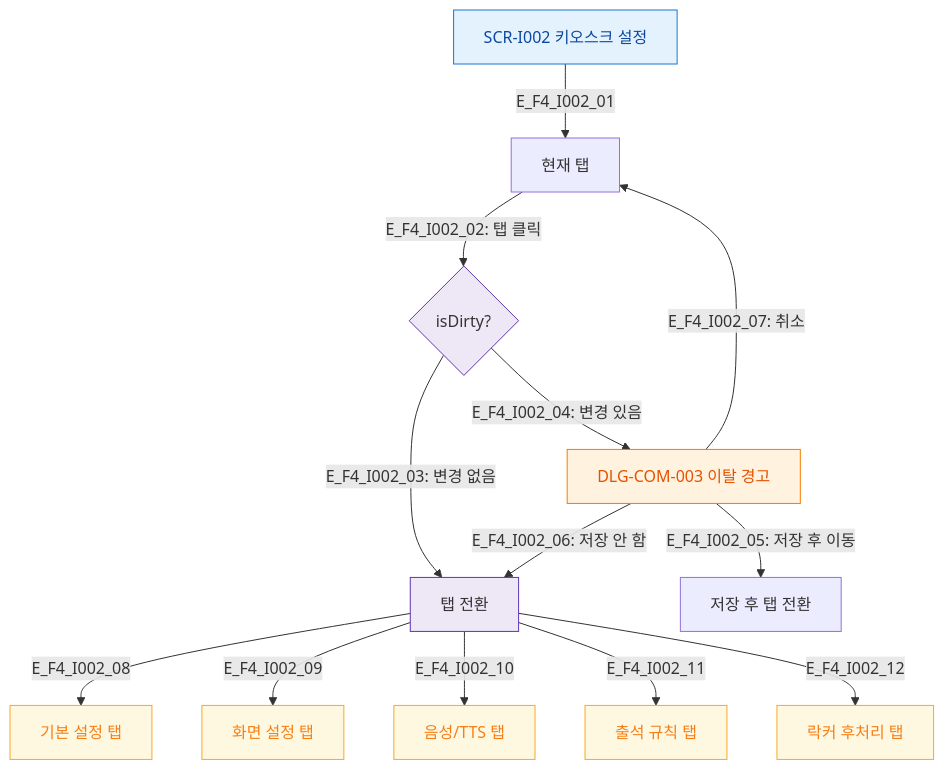
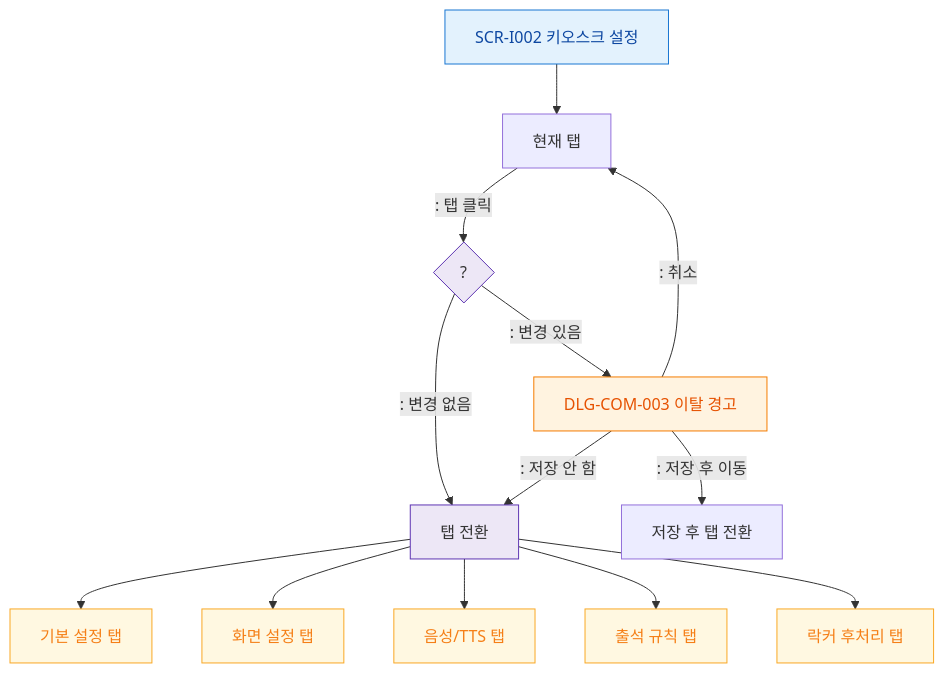
One commit to dev-spogym/admin-pando changed the diagram in docs/다이어그램/D11_통합운영/SCR-I002_키오스크설정/F4_필터검색.md. Above: the diagram before and after it, drawn with Mermaid. The commit also changed other lines of this file and 1660 other files, not shown here.

First line of the commit message:
다이어그램: 기획자/클라이언트 납품본으로 정리

````diff
--- a/docs/다이어그램/D11_통합운영/SCR-I002_키오스크설정/F4_필터검색.md
+++ b/docs/다이어그램/D11_통합운영/SCR-I002_키오스크설정/F4_필터검색.md
@@ -19,27 +17,27 @@
 ```mermaid
 flowchart TD
-    SCR_I002[SCR-I002 키오스크 설정] -->|E_F4_I002_01| CURRENT_TAB[현재 탭]
+    SCR_I002[SCR-I002 키오스크 설정] --> CURRENT_TAB[현재 탭]
 
-    CURRENT_TAB -->|"E_F4_I002_02: 탭 클릭"| DIRTY{isDirty?}
-    DIRTY -->|"E_F4_I002_03: 변경 없음"| SWITCH[탭 전환]
-    DIRTY -->|"E_F4_I002_04: 변경 있음"| DLG_WARN[DLG-COM-003 이탈 경고]
+    CURRENT_TAB -->|": 탭 클릭"|DIRTY{?}
+    DIRTY -->|": 변경 없음"|SWITCH[탭 전환]
+    DIRTY -->|": 변경 있음"|DLG_WARN[DLG-COM-003 이탈 경고]
 
-    DLG_WARN -->|"E_F4_I002_05: 저장 후 이동"| SAVE_SWITCH[저장 후 탭 전환]
-    DLG_WARN -->|"E_F4_I002_06: 저장 안 함"| SWITCH
-    DLG_WARN -->|"E_F4_I002_07: 취소"| CURRENT_TAB
+    DLG_WARN -->|": 저장 후 이동"|SAVE_SWITCH[저장 후 탭 전환]
+    DLG_WARN -->|": 저장 안 함"|SWITCH
+    DLG_WARN -->|": 취소"|CURRENT_TAB
 
-    SWITCH -->|E_F4_I002_08| TAB_BASIC[기본 설정 탭]
-    SWITCH -->|E_F4_I002_09| TAB_SCREEN[화면 설정 탭]
-    SWITCH -->|E_F4_I002_10| TAB_TTS[음성/TTS 탭]
-    SWITCH -->|E_F4_I002_11| TAB_RULE[출석 규칙 탭]
-    SWITCH -->|E_F4_I002_12| TAB_LOCKER[락커 후처리 탭]
+    SWITCH --> TAB_BASIC[기본 설정 탭]
+    SWITCH --> TAB_SCREEN[화면 설정 탭]
+    SWITCH --> TAB_TTS[음성/TTS 탭]
+    SWITCH --> TAB_RULE[출석 규칙 탭]
+    SWITCH --> TAB_LOCKER[락커 후처리 탭]
 
-    classDef screen       fill:#E3F2FD,stroke:#1976D2,color:#0D47A1
-    classDef modal        fill:#FFF3E0,stroke:#F57C00,color:#E65100
-    classDef system       fill:#EDE7F6,stroke:#5E35B2
-    classDef warning      fill:#FFF8E1,stroke:#F9A825,color:#F57F17
+    classDef screen fill:#E3F2FD,stroke:#1976D2,color:#0D47A1
+    classDef modal fill:#FFF3E0,stroke:#F57C00,color:#E65100
+    classDef system fill:#EDE7F6,stroke:#5E35B2
+    classDef warning fill:#FFF8E1,stroke:#F9A825,color:#F57F17
     class SCR_I002 screen
     class DLG_WARN modal
     class DIRTY,SWITCH system
     class TAB_BASIC,TAB_SCREEN,TAB_TTS,TAB_RULE,TAB_LOCKER warning
 ```
````
